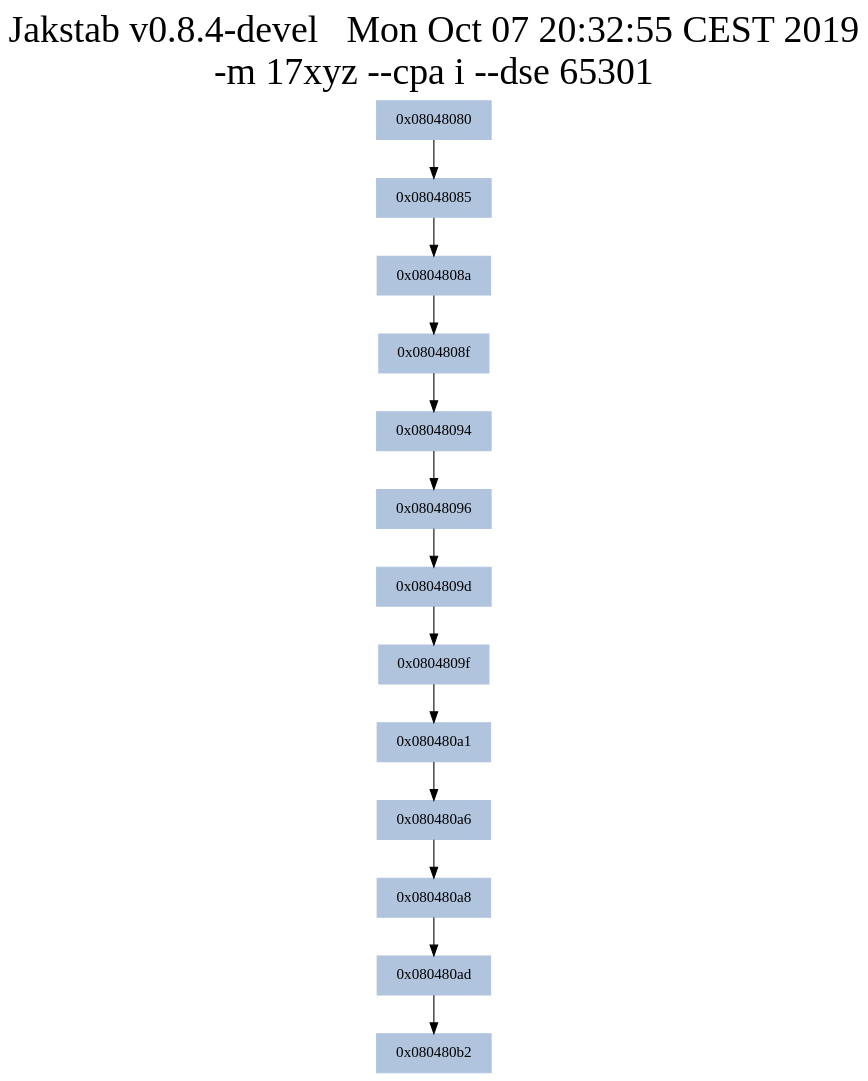
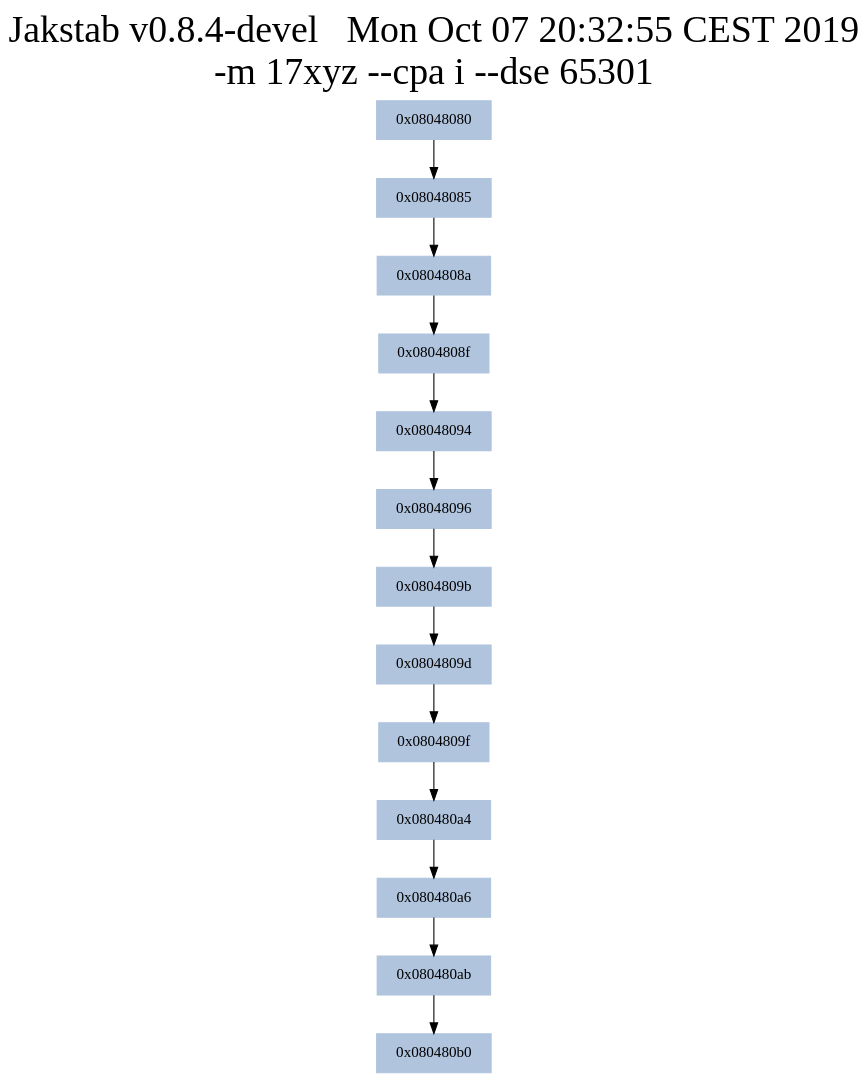
The diagram in Input/IdealCFAs/17xyz_ideal.dot (tpetersonkth/AlternatingControlFlowReconstruction), drawn with Graphviz before and after one commit. The commit also changed 5 other files, not shown here.

Commit message:
Fixed erroneous ideal graphs(They broke when removing superfluos instructions from synthetic examples in earlier commits)

```diff
--- a/Input/IdealCFAs/17xyz_ideal.dot
+++ b/Input/IdealCFAs/17xyz_ideal.dot
@@ -1,30 +1,30 @@
 digraph G {
 node[shape=rectangle,style=filled,fillcolor=lightsteelblue,color=lightsteelblue]
 bgcolor="transparent"
 graph [label="Jakstab v0.8.4-devel   Mon Oct 07 20:32:55 CEST 2019\n-m 17xyz --cpa i --dse 65301", labelloc=t, fontsize=35, pad=30]
+"0x08048080"[label="0x08048080\n"];
 "0x08048085"[label="0x08048085\n"];
-"0x080480a6"[label="0x080480a6\n"];
-"0x080480a8"[label="0x080480a8\n"];
-"0x080480a1"[label="0x080480a1\n"];
-"0x080480ad"[label="0x080480ad\n"];
+"0x0804808a"[label="0x0804808a\n"];
 "0x0804808f"[label="0x0804808f\n"];
-"0x0804808a"[label="0x0804808a\n"];
+"0x08048094"[label="0x08048094\n"];
 "0x08048096"[label="0x08048096\n"];
-"0x080480b2"[label="0x080480b2\n"];
-"0x08048094"[label="0x08048094\n"];
+"0x0804809b"[label="0x0804809b\n"];
 "0x0804809d"[label="0x0804809d\n"];
 "0x0804809f"[label="0x0804809f\n"];
-"0x08048080"[label="0x08048080\n"];
+"0x080480a4"[label="0x080480a4\n"];
+"0x080480a6"[label="0x080480a6\n"];
+"0x080480ab"[label="0x080480ab\n"];
+"0x080480b0"[label="0x080480b0\n"];
 "0x08048080" -> "0x08048085" [color="#000000"];
-"0x080480a1" -> "0x080480a6" [color="#000000"];
+"0x08048085" -> "0x0804808a" [color="#000000"];
+"0x0804808a" -> "0x0804808f" [color="#000000"];
+"0x0804808f" -> "0x08048094" [color="#000000"];
+"0x08048094" -> "0x08048096" [color="#000000"];
+"0x08048096" -> "0x0804809b" [color="#000000"];
+"0x0804809b" -> "0x0804809d" [color="#000000"];
 "0x0804809d" -> "0x0804809f" [color="#000000"];
-"0x08048085" -> "0x0804808a" [color="#000000"];
-"0x080480a6" -> "0x080480a8" [color="#000000"];
-"0x080480ad" -> "0x080480b2" [color="#000000"];
-"0x0804809f" -> "0x080480a1" [color="#000000"];
-"0x08048096" -> "0x0804809d" [color="#000000"];
-"0x08048094" -> "0x08048096" [color="#000000"];
-"0x0804808f" -> "0x08048094" [color="#000000"];
-"0x0804808a" -> "0x0804808f" [color="#000000"];
-"0x080480a8" -> "0x080480ad" [color="#000000"];
+"0x0804809f" -> "0x080480a4" [color="#000000"];
+"0x080480a4" -> "0x080480a6" [color="#000000"];
+"0x080480a6" -> "0x080480ab" [color="#000000"];
+"0x080480ab" -> "0x080480b0" [color="#000000"];
 }
```
